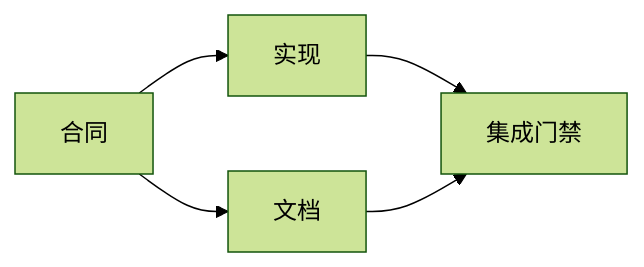
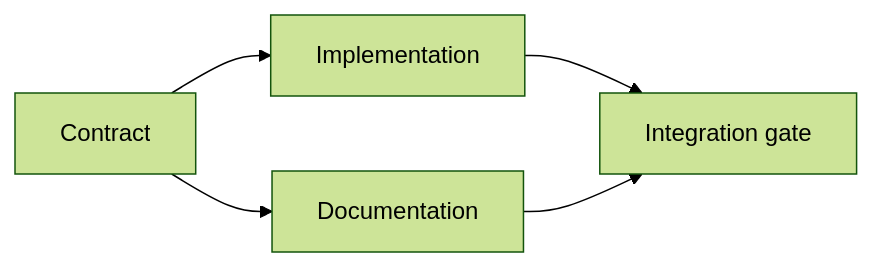
One commit to xiaojiaenen/ai-engineering-from-scratch-zh changed the diagram in i18n/zh/phases/14-agent-engineering/44-plan-from-evidence/docs/zh.md. Above: the diagram before and after it, drawn with Mermaid (forest theme). The commit also changed other lines of this file and 54 other files, not shown here.

````diff
--- a/i18n/zh/phases/14-agent-engineering/44-plan-from-evidence/docs/zh.md
+++ b/i18n/zh/phases/14-agent-engineering/44-plan-from-evidence/docs/zh.md
@@ -41,7 +41,7 @@
 ```mermaid
 flowchart LR
-  C[合同] --> I[实现]
-  C --> D[文档]
-  I --> G[集成门禁]
+  C[Contract] --> I[Implementation]
+  C --> D[Documentation]
+  I --> G[Integration gate]
   D --> G
 ```
````
